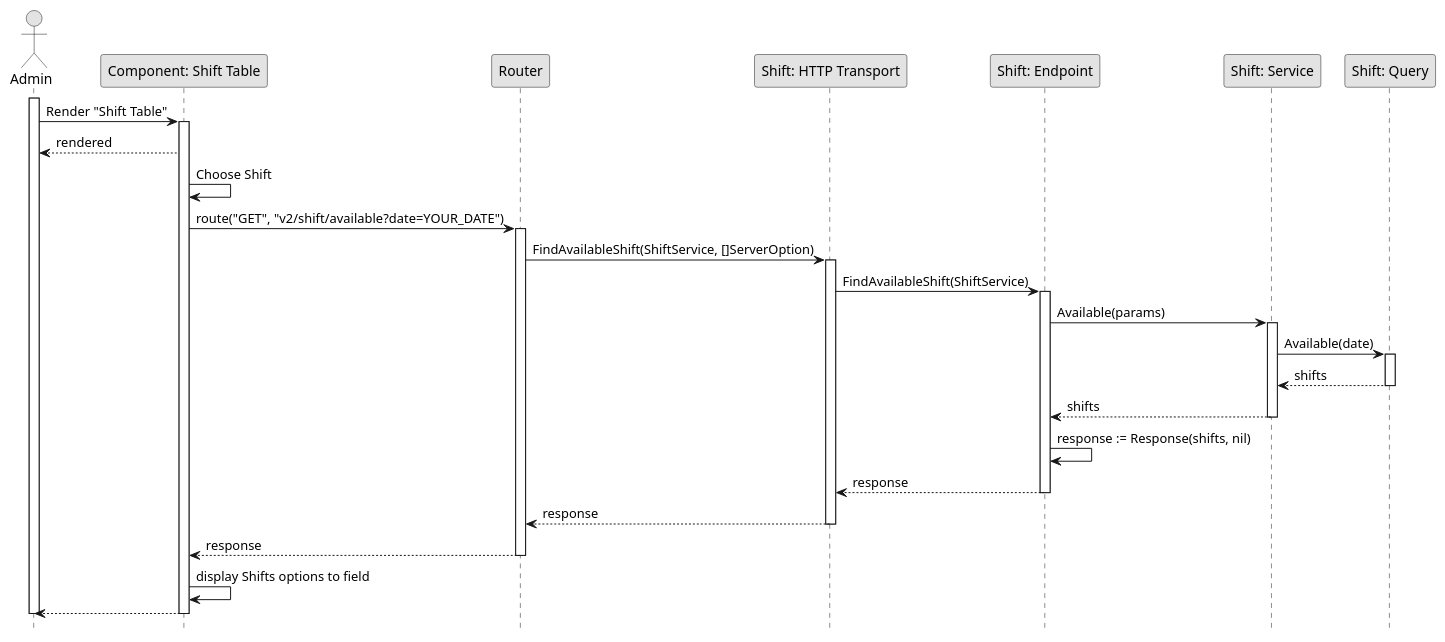
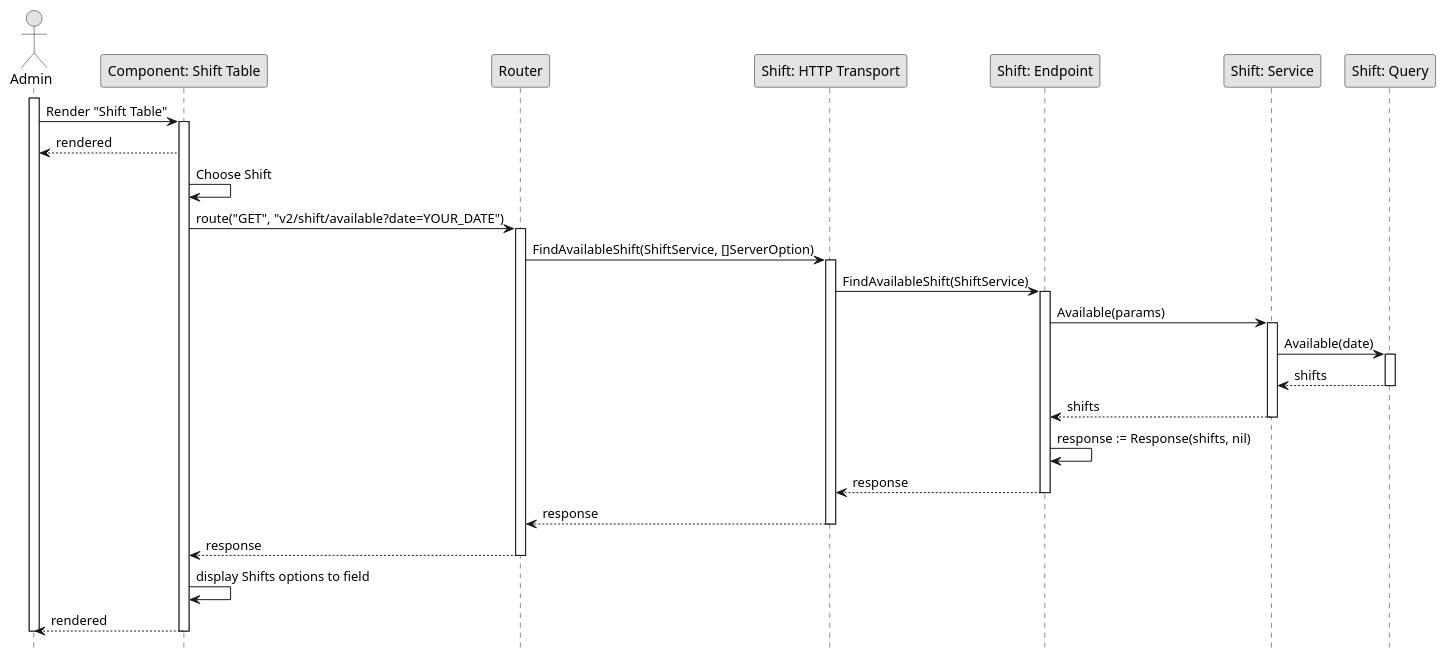
One commit to fwidjaya20/fazzlearning-uml changed the diagram in Sequence/Release02/GetShiftAvailable.wsd. Above: the diagram before and after it, drawn with PlantUML. The commit also changed 26 other files, not shown here.

Commit message:
fix(sequence): adding return wording

```diff
--- a/Sequence/Release02/GetShiftAvailable.wsd
+++ b/Sequence/Release02/GetShiftAvailable.wsd
@@ -1,50 +1,50 @@
 @startuml GetShiftAvailable
 
 skinparam Monochrome true
 skinparam Shadowing false
 hide footbox
 
 actor Admin
 participant "Component: Shift Table" as ShiftTable
 participant "Router" as Router
 participant "Shift: HTTP Transport" as ShiftHTTPTransport
 participant "Shift: Endpoint" as ShiftEndpoint
 participant "Shift: Service" as ShiftService
 participant "Shift: Query" as ShiftQuery
 
 activate Admin
 
 Admin->ShiftTable: Render "Shift Table"
 activate ShiftTable
 ShiftTable-->Admin: rendered
 ShiftTable->ShiftTable: Choose Shift
 ShiftTable->Router: route("GET", "v2/shift/available?date=YOUR_DATE")
 activate Router
 Router->ShiftHTTPTransport: FindAvailableShift(ShiftService, []ServerOption)
 activate ShiftHTTPTransport
 ShiftHTTPTransport->ShiftEndpoint: FindAvailableShift(ShiftService)
 activate ShiftEndpoint
 ShiftEndpoint->ShiftService: Available(params)
 
 activate ShiftService
 ShiftService->ShiftQuery: Available(date)
 activate ShiftQuery
 ShiftQuery-->ShiftService: shifts
 deactivate ShiftQuery
 ShiftService-->ShiftEndpoint: shifts
 deactivate ShiftService
 
 ShiftEndpoint->ShiftEndpoint: response := Response(shifts, nil)
 ShiftEndpoint-->ShiftHTTPTransport: response
 deactivate ShiftEndpoint
 ShiftHTTPTransport-->Router: response
 deactivate ShiftHTTPTransport
 Router-->ShiftTable: response
 deactivate Router
 ShiftTable->ShiftTable: display Shifts options to field
-ShiftTable-->Admin
+ShiftTable-->Admin: rendered
 deactivate ShiftTable
 
 deactivate Admin
 
 @enduml
```
